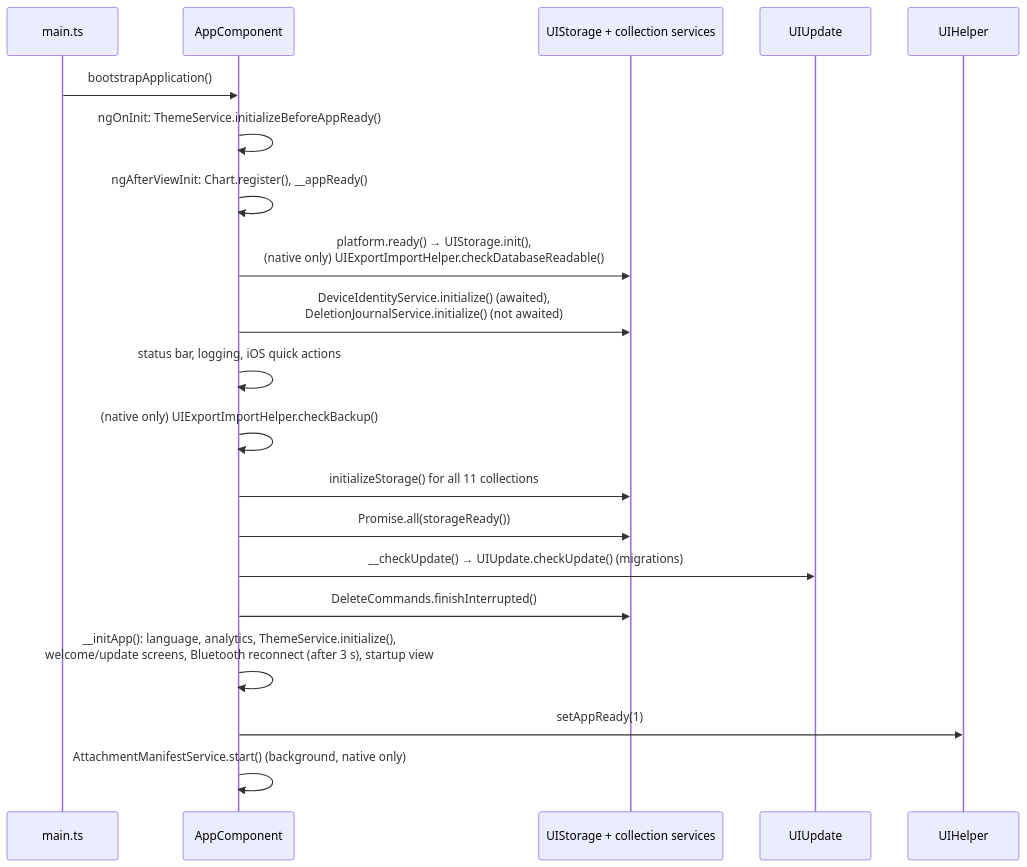
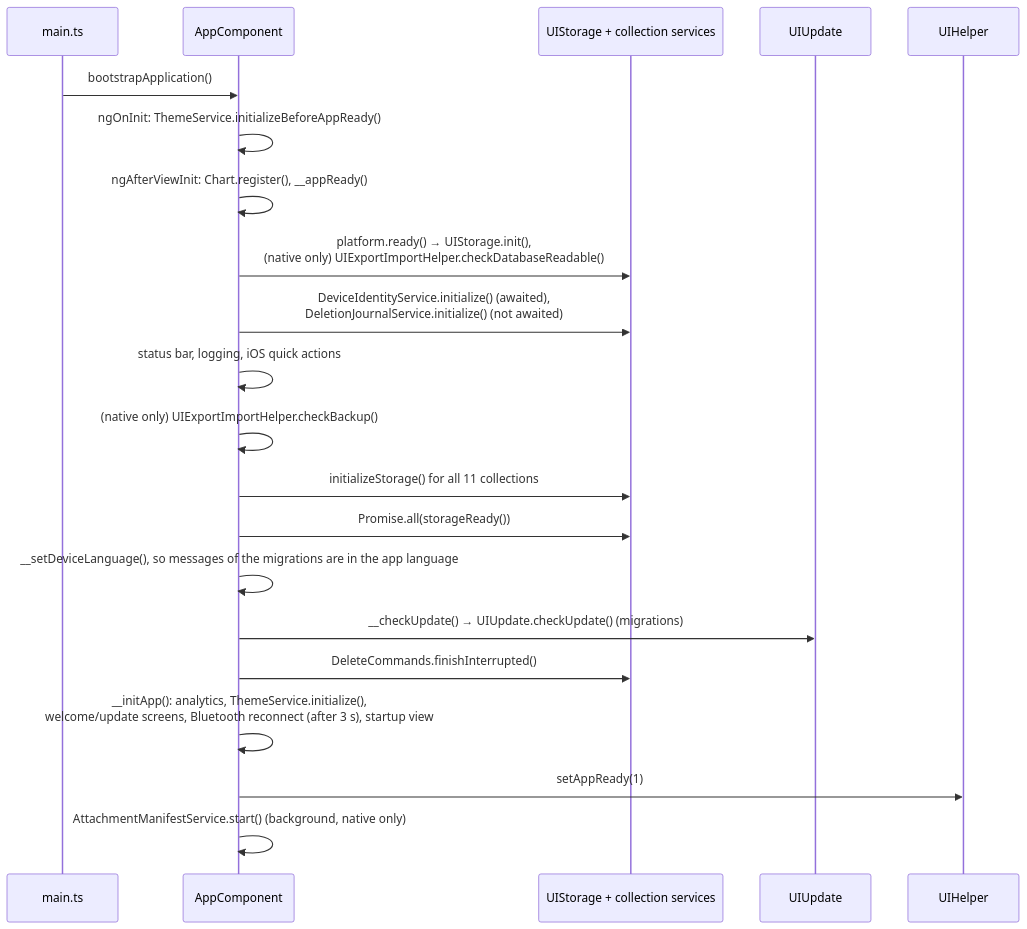
Before and after one commit to graphefruit/Beanconqueror: the first of 3 diagrams in docs/ARCHITECTURE.md, drawn with Mermaid. The commit also changed 2 other files, not shown here.

Commit message:
Set the app language before the data updates run at the start
Their messages, such as the hint about an incomplete data update, were
shown in English before the language from the settings was applied.

````diff
--- a/docs/ARCHITECTURE.md
+++ b/docs/ARCHITECTURE.md
@@ -61,23 +61,24 @@
 ```mermaid
 sequenceDiagram
     participant Main as main.ts
     participant App as AppComponent
     participant Storage as UIStorage + collection services
     participant Update as UIUpdate
     participant Helper as UIHelper
 
     Main->>App: bootstrapApplication()
     App->>App: ngOnInit: ThemeService.initializeBeforeAppReady()
     App->>App: ngAfterViewInit: Chart.register(), __appReady()
     App->>Storage: platform.ready() → UIStorage.init(),<br/>(native only) UIExportImportHelper.checkDatabaseReadable()
     App->>Storage: DeviceIdentityService.initialize() (awaited),<br/>DeletionJournalService.initialize() (not awaited)
     App->>App: status bar, logging, iOS quick actions
     App->>App: (native only) UIExportImportHelper.checkBackup()
     App->>Storage: initializeStorage() for all 11 collections
     App->>Storage: Promise.all(storageReady())
+    App->>App: __setDeviceLanguage(), so messages of the migrations are in the app language
     App->>Update: __checkUpdate() → UIUpdate.checkUpdate() (migrations)
     App->>Storage: DeleteCommands.finishInterrupted()
-    App->>App: __initApp(): language, analytics, ThemeService.initialize(),<br/>welcome/update screens, Bluetooth reconnect (after 3 s), startup view
+    App->>App: __initApp(): analytics, ThemeService.initialize(),<br/>welcome/update screens, Bluetooth reconnect (after 3 s), startup view
     App->>Helper: setAppReady(1)
     App->>App: AttachmentManifestService.start() (background, native only)
 ```
````
